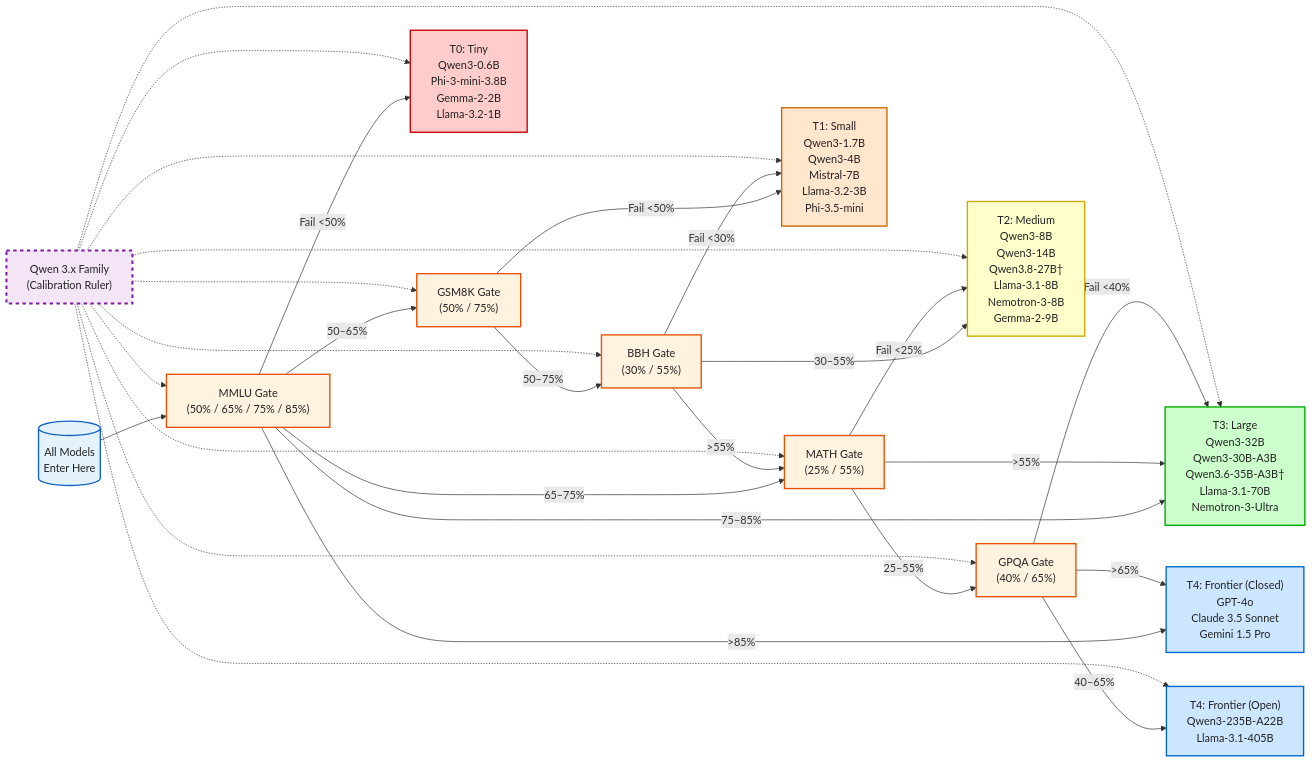
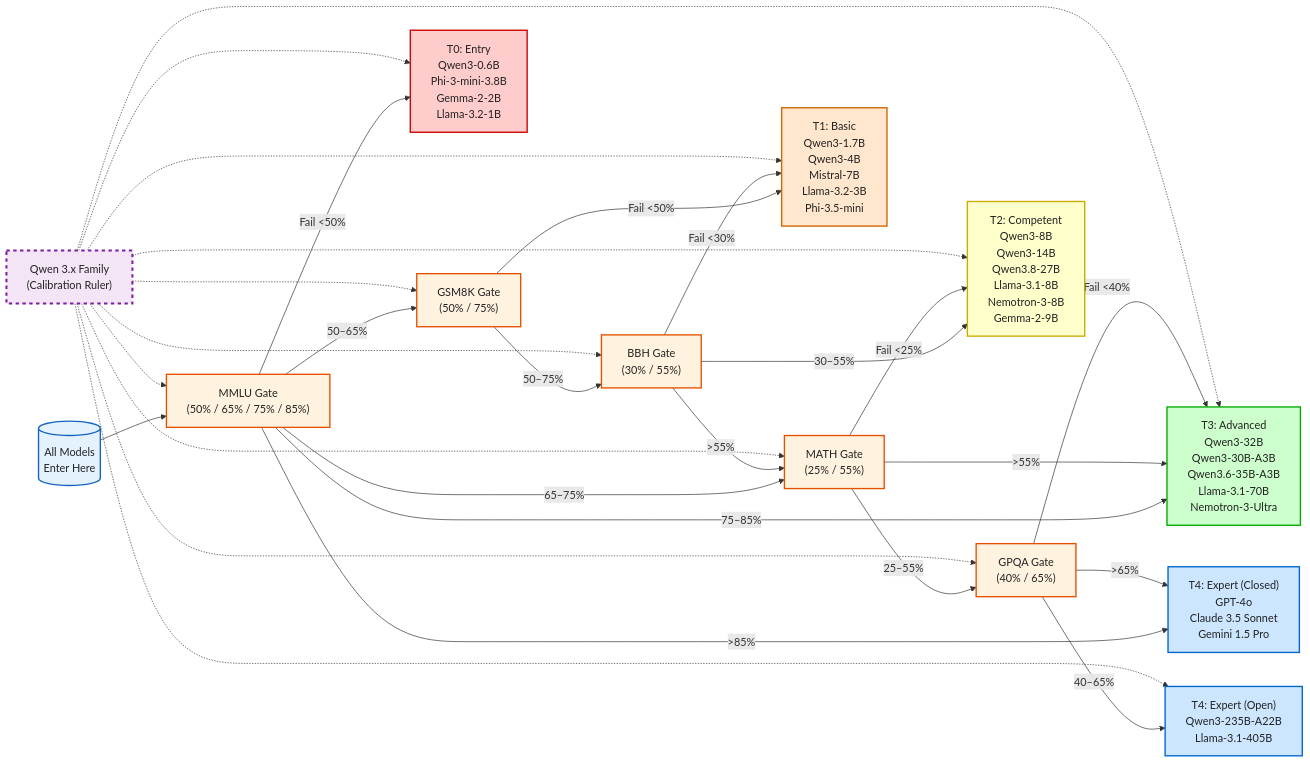
The second of 2 diagrams in llm-reasoning-benchmarks.md (cjl4hd/engineering-flow-charts), drawn with Mermaid before and after one commit. The commit also changed other lines of this file, not shown here.

Commit message:
Remove param ranges from tiers: table, Diagram 1, Diagram 2. Rename tiers to capability-based names (Entry/Basic/Competent/Advanced/Expert). Remove Qwen 3.6/3.8 footnotes

````diff
--- a/llm-reasoning-benchmarks.md
+++ b/llm-reasoning-benchmarks.md
@@ -130,77 +128,77 @@
 ```mermaid
 %%{init: {'themeVariables': {'fontSize': '16px'}}}%%
 flowchart LR
     %% Source
     AllModels[("All Models\nEnter Here")]
     
     %% Gates
     GateMMLU["MMLU Gate\n(50% / 65% / 75% / 85%)"]
     GateGSM8K["GSM8K Gate\n(50% / 75%)"]
     GateBBH["BBH Gate\n(30% / 55%)"]
     GateMATH["MATH Gate\n(25% / 55%)"]
     GateGPQA["GPQA Gate\n(40% / 65%)"]
     
     %% Tier Buckets
-    BucketT0["T0: Tiny\nQwen3-0.6B\nPhi-3-mini-3.8B\nGemma-2-2B\nLlama-3.2-1B"]
-    BucketT1["T1: Small\nQwen3-1.7B\nQwen3-4B\nMistral-7B\nLlama-3.2-3B\nPhi-3.5-mini"]
-    BucketT2["T2: Medium\nQwen3-8B\nQwen3-14B\nQwen3.8-27B†\nLlama-3.1-8B\nNemotron-3-8B\nGemma-2-9B"]
-    BucketT3["T3: Large\nQwen3-32B\nQwen3-30B-A3B\nQwen3.6-35B-A3B†\nLlama-3.1-70B\nNemotron-3-Ultra"]
-    BucketT4open["T4: Frontier (Open)\nQwen3-235B-A22B\nLlama-3.1-405B"]
-    BucketT4closed["T4: Frontier (Closed)\nGPT-4o\nClaude 3.5 Sonnet\nGemini 1.5 Pro"]
+    BucketT0["T0: Entry\nQwen3-0.6B\nPhi-3-mini-3.8B\nGemma-2-2B\nLlama-3.2-1B"]
+    BucketT1["T1: Basic\nQwen3-1.7B\nQwen3-4B\nMistral-7B\nLlama-3.2-3B\nPhi-3.5-mini"]
+    BucketT2["T2: Competent\nQwen3-8B\nQwen3-14B\nQwen3.8-27B\nLlama-3.1-8B\nNemotron-3-8B\nGemma-2-9B"]
+    BucketT3["T3: Advanced\nQwen3-32B\nQwen3-30B-A3B\nQwen3.6-35B-A3B\nLlama-3.1-70B\nNemotron-3-Ultra"]
+    BucketT4open["T4: Expert (Open)\nQwen3-235B-A22B\nLlama-3.1-405B"]
+    BucketT4closed["T4: Expert (Closed)\nGPT-4o\nClaude 3.5 Sonnet\nGemini 1.5 Pro"]
     
     %% Flow paths
     AllModels --> GateMMLU
     
     GateMMLU -- "Fail <50%" --> BucketT0
     GateMMLU -- "50–65%" --> GateGSM8K
     GateMMLU -- "65–75%" --> GateMATH
     GateMMLU -- "75–85%" --> BucketT3
     GateMMLU -- ">85%" --> BucketT4closed
     
     GateGSM8K -- "Fail <50%" --> BucketT1
     GateGSM8K -- "50–75%" --> GateBBH
     
     GateBBH -- "Fail <30%" --> BucketT1
     GateBBH -- "30–55%" --> BucketT2
     GateBBH -- ">55%" --> GateMATH
     
     GateMATH -- "Fail <25%" --> BucketT2
     GateMATH -- "25–55%" --> GateGPQA
     GateMATH -- ">55%" --> BucketT3
     
     GateGPQA -- "Fail <40%" --> BucketT3
     GateGPQA -- "40–65%" --> BucketT4open
     GateGPQA -- ">65%" --> BucketT4closed
     
     %% Qwen 3.x calibration trace (highlighted path)
     QwenTrace["Qwen 3.x Family\n(Calibration Ruler)"]
     QwenTrace -.-> GateMMLU
     QwenTrace -.-> GateGSM8K
     QwenTrace -.-> GateBBH
     QwenTrace -.-> GateMATH
     QwenTrace -.-> GateGPQA
     QwenTrace -.-> BucketT0
     QwenTrace -.-> BucketT1
     QwenTrace -.-> BucketT2
     QwenTrace -.-> BucketT3
     QwenTrace -.-> BucketT4open
     
     %% Styling
     classDef source fill:#e3f2fd,stroke:#1565c0,stroke-width:2px,color:#222,font-size:16px;
     classDef gate fill:#fff3e0,stroke:#e65100,stroke-width:2px,color:#222,font-size:16px;
     classDef bucket0 fill:#ffcccc,stroke:#cc0000,stroke-width:2px,color:#222,font-size:16px;
     classDef bucket1 fill:#ffe6cc,stroke:#cc6600,stroke-width:2px,color:#222,font-size:16px;
     classDef bucket2 fill:#ffffcc,stroke:#ccaa00,stroke-width:2px,color:#222,font-size:16px;
     classDef bucket3 fill:#ccffcc,stroke:#00aa00,stroke-width:2px,color:#222,font-size:16px;
     classDef bucket4 fill:#cce6ff,stroke:#0066cc,stroke-width:2px,color:#222,font-size:16px;
     classDef trace fill:#f3e5f5,stroke:#7b1fa2,stroke-width:3px,stroke-dasharray: 5 5,color:#222,font-size:16px;
     
     class AllModels source;
     class GateMMLU,GateGSM8K,GateBBH,GateMATH,GateGPQA gate;
     class BucketT0 bucket0;
     class BucketT1 bucket1;
     class BucketT2 bucket2;
     class BucketT3 bucket3;
     class BucketT4open,BucketT4closed bucket4;
     class QwenTrace trace;
 ```
````
